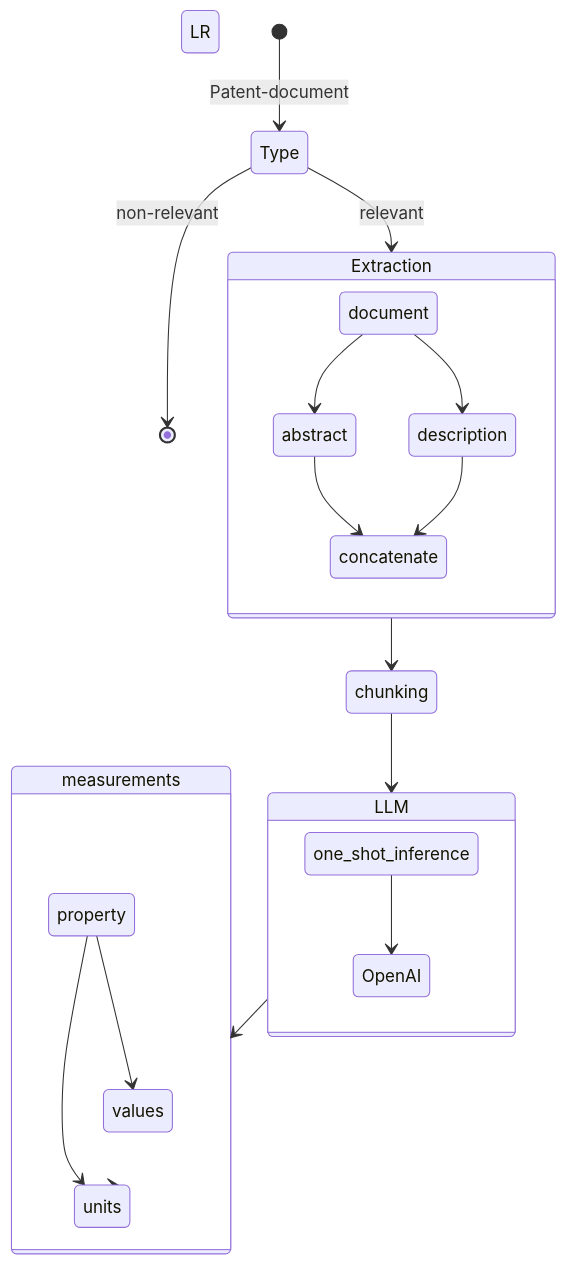
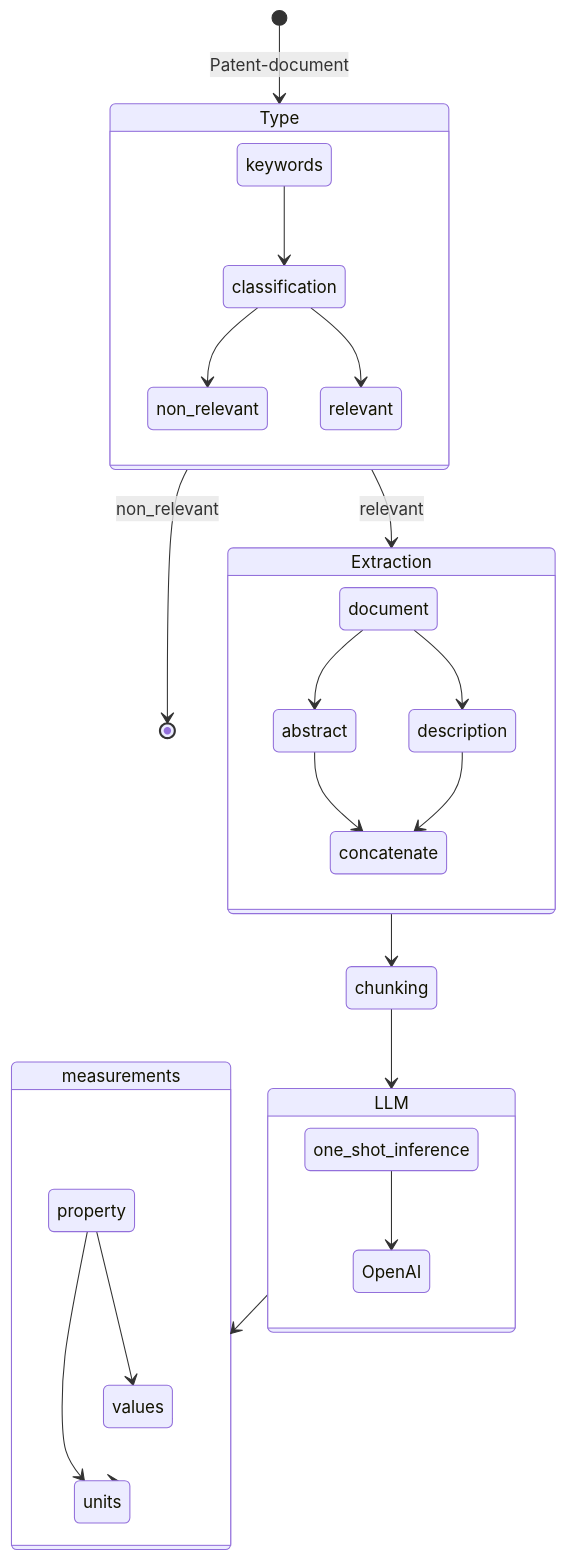
Before and after one commit to rizwanishaq/basf_challenge: the diagram in README.md, drawn with Mermaid.

Commit message:
Flow diagram

````diff
--- a/README.md
+++ b/README.md
@@ -7,31 +7,36 @@
 ```mermaid
-stateDiagram-v2 LR
+stateDiagram-v2
     [*] --> Type : Patent-document
-    Type --> [*] : non-relevant
+    Type --> [*] : non_relevant
     Type --> Extraction : relevant
+    state Type {
+        keywords --> classification
+        classification --> non_relevant
+        classification --> relevant
+    }
 
     Extraction --> chunking
     state Extraction {
         document --> abstract
         document --> description
         abstract --> concatenate
         description --> concatenate
     }
 
     chunking --> LLM
     state LLM {
         one_shot_inference --> OpenAI
     }
 
     LLM --> measurements
     state measurements {
         property --> values
         property --> units
     }
     measurements --> values
     measurements --> units
 
 
 
 
 ```
````
